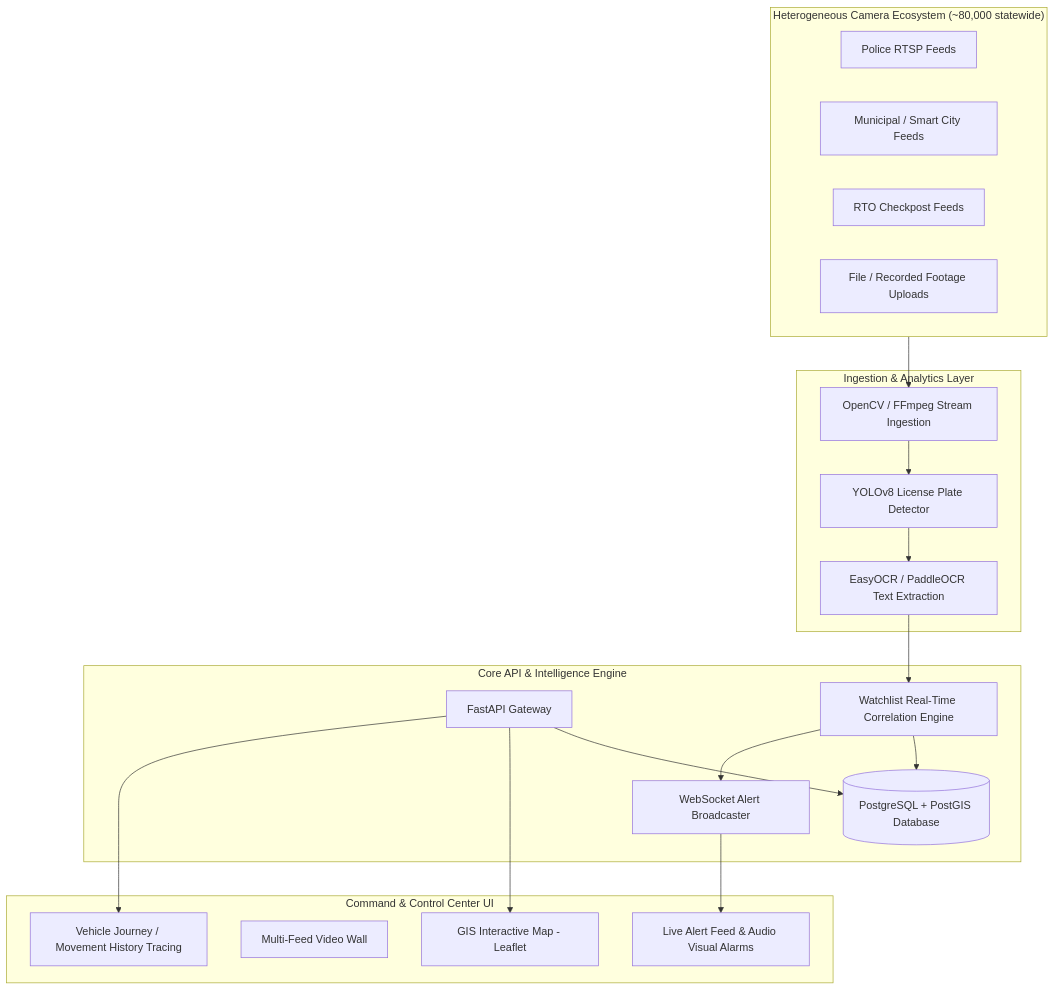
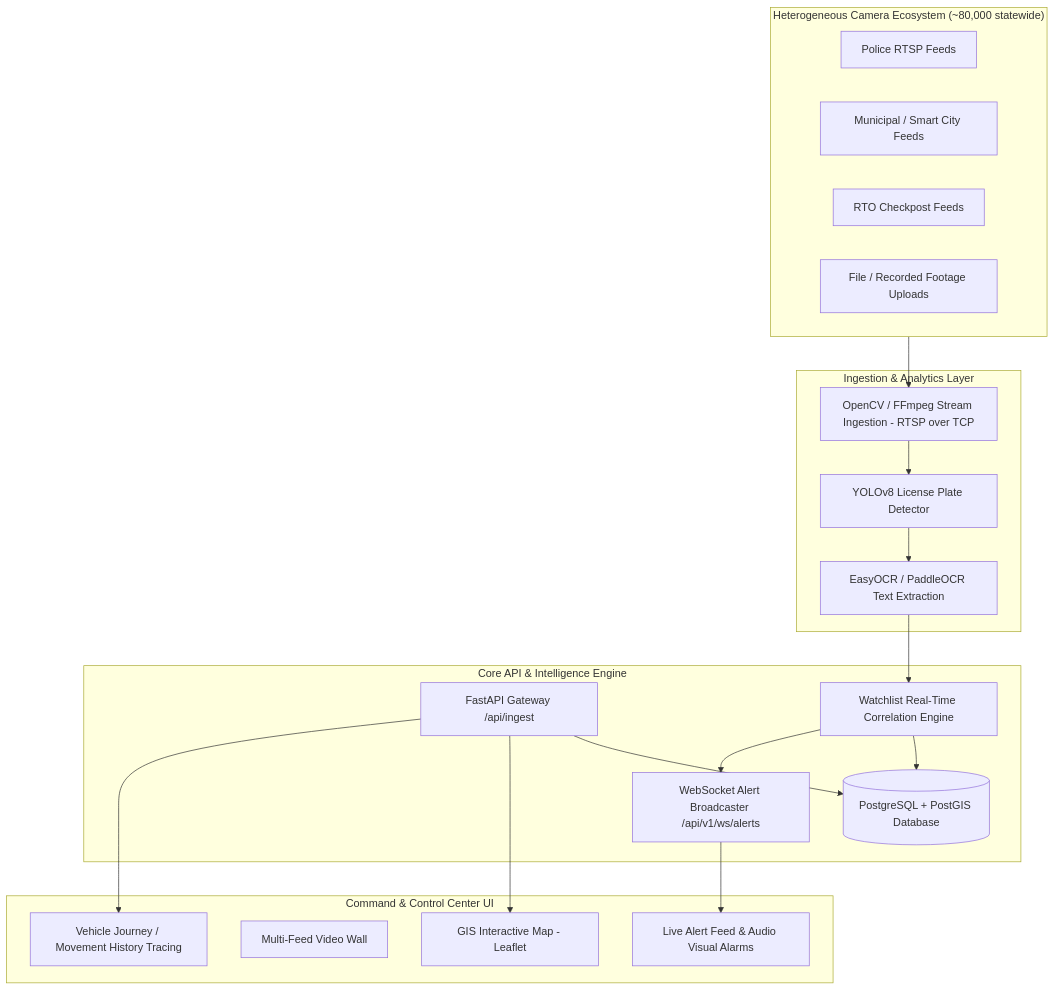
The diagram in docs/HLD_ARCHITECTURE.md (shruti-2517/netra-gp), drawn with Mermaid before and after one commit. The commit also changed other lines of this file and 25 other files, not shown here.

````diff
--- a/docs/HLD_ARCHITECTURE.md
+++ b/docs/HLD_ARCHITECTURE.md
@@ -18,40 +18,40 @@
 ```mermaid
 flowchart TD
     subgraph Feeds ["Heterogeneous Camera Ecosystem (~80,000 statewide)"]
         Cam1[Police RTSP Feeds]
         Cam2[Municipal / Smart City Feeds]
         Cam3[RTO Checkpost Feeds]
         Cam4[File / Recorded Footage Uploads]
     end
 
     subgraph Ingestion ["Ingestion & Analytics Layer"]
-        StreamReader[OpenCV / FFmpeg Stream Ingestion]
+        StreamReader[OpenCV / FFmpeg Stream Ingestion - RTSP over TCP]
         YOLO[YOLOv8 License Plate Detector]
         OCR[EasyOCR / PaddleOCR Text Extraction]
     end
 
     subgraph Backend ["Core API & Intelligence Engine"]
-        FastAPI[FastAPI Gateway]
+        FastAPI[FastAPI Gateway /api/ingest]
         Matcher[Watchlist Real-Time Correlation Engine]
         DB[(PostgreSQL + PostGIS Database)]
-        WS[WebSocket Alert Broadcaster]
+        WS[WebSocket Alert Broadcaster /api/v1/ws/alerts]
     end
 
     subgraph Operations ["Command & Control Center UI"]
         GISMap[GIS Interactive Map - Leaflet]
         VideoWall[Multi-Feed Video Wall]
         AlertFeed[Live Alert Feed & Audio Visual Alarms]
         RouteTrace[Vehicle Journey / Movement History Tracing]
     end
 
     Feeds --> StreamReader
     StreamReader --> YOLO
     YOLO --> OCR
     OCR --> Matcher
     Matcher --> DB
     Matcher --> WS
     FastAPI --> DB
     WS --> AlertFeed
     FastAPI --> GISMap
     FastAPI --> RouteTrace
 ```
````
